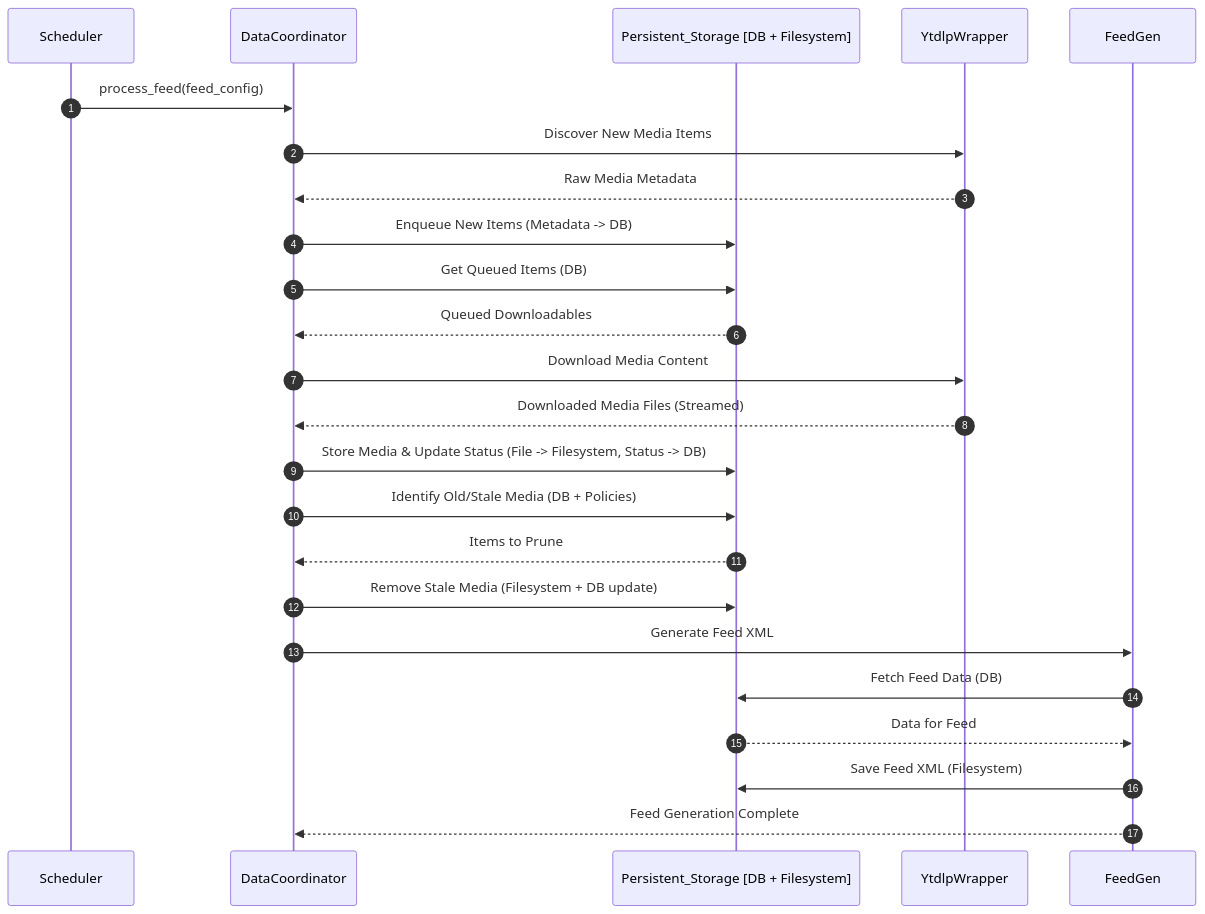
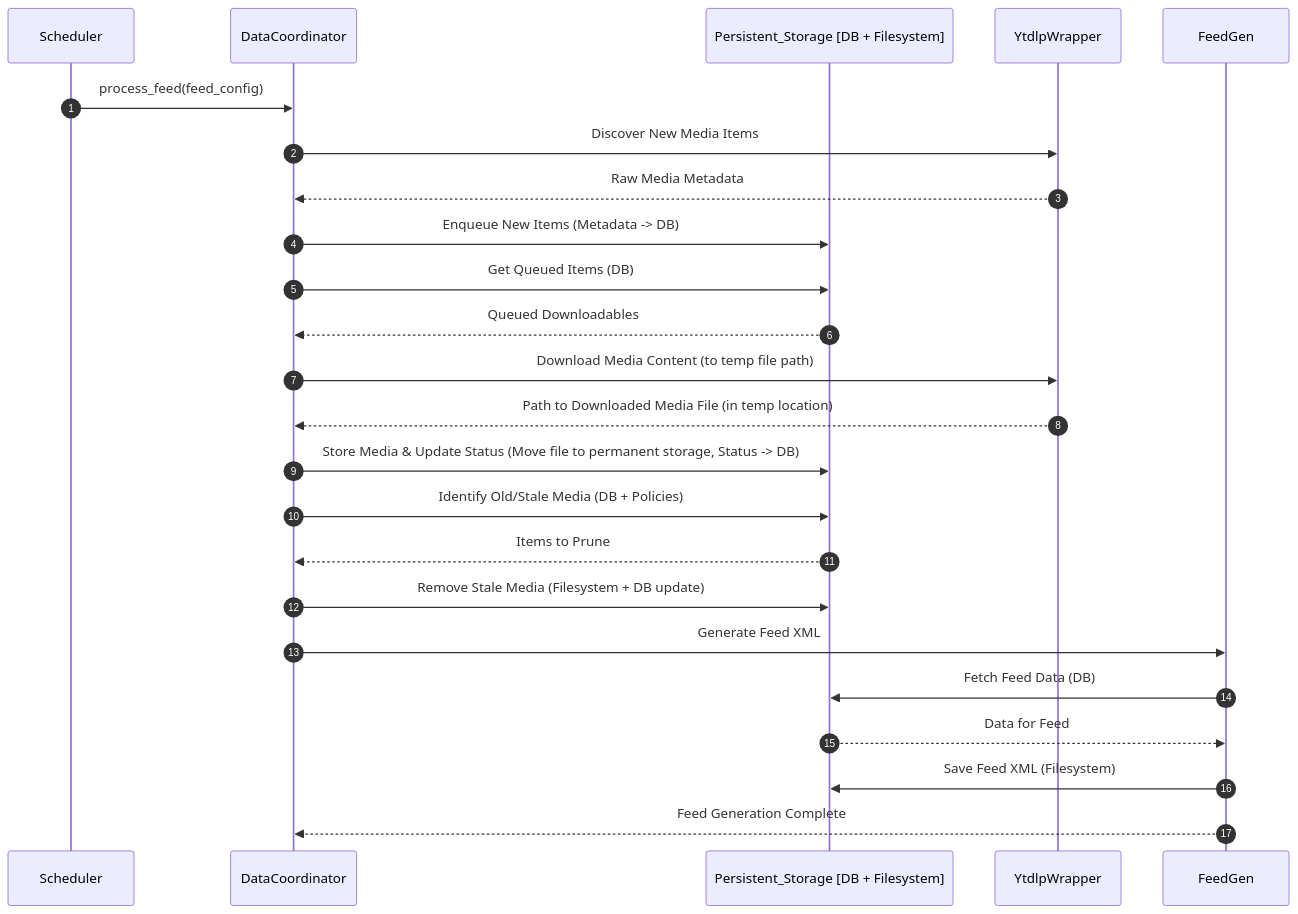
The second of 2 diagrams in DESIGN_DOC.md (thurstonsand/anypod), drawn with Mermaid before and after one commit. The commit also changed other lines of this file and 28 other files, not shown here.

````diff
--- a/DESIGN_DOC.md
+++ b/DESIGN_DOC.md
@@ -154,31 +155,31 @@
 ```mermaid
 sequenceDiagram
   autonumber
   participant S as Scheduler
   participant DC as DataCoordinator
   participant Store as Persistent_Storage [DB + Filesystem]
   participant YTDLW as YtdlpWrapper
   participant FG as FeedGen
 
   S->>DC: process_feed(feed_config)
 
   DC->>YTDLW: Discover New Media Items
   YTDLW-->>DC: Raw Media Metadata
   DC->>Store: Enqueue New Items (Metadata -> DB)
 
   DC->>Store: Get Queued Items (DB)
   Store-->>DC: Queued Downloadables
-  DC->>YTDLW: Download Media Content
-  YTDLW-->>DC: Downloaded Media Files (Streamed)
-  DC->>Store: Store Media & Update Status (File -> Filesystem, Status -> DB)
+  DC->>YTDLW: Download Media Content (to temp file path)
+  YTDLW-->>DC: Path to Downloaded Media File (in temp location)
+  DC->>Store: Store Media & Update Status (Move file to permanent storage, Status -> DB)
 
   DC->>Store: Identify Old/Stale Media (DB + Policies)
   Store-->>DC: Items to Prune
   DC->>Store: Remove Stale Media (Filesystem + DB update)
 
   DC->>FG: Generate Feed XML
   FG->>Store: Fetch Feed Data (DB)
   Store-->>FG: Data for Feed
   FG->>Store: Save Feed XML (Filesystem)
   FG-->>DC: Feed Generation Complete
 ```
````
